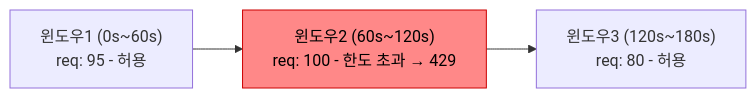
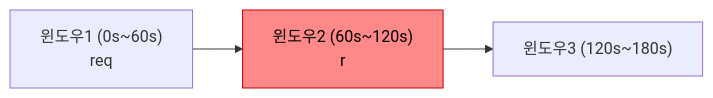
Before and after one commit to yjkim2015/yjkim2015.github.io: the third of 13 diagrams in _posts/spring/2026-05-01-rate-limiting.md, drawn with Mermaid. The commit also changed other lines of this file and 271 other files, not shown here.

First line of the commit message:
Mermaid 라벨 축소: 긴 노드 텍스트 18자 이하로 트림 + \n 제거

````diff
--- a/_posts/spring/2026-05-01-rate-limiting.md
+++ b/_posts/spring/2026-05-01-rate-limiting.md
@@ -73,8 +73,8 @@
 ```mermaid
 graph LR
-    W1["윈도우1 (0s~60s)\nreq: 95 - 허용"]
-    W2["윈도우2 (60s~120s)\nreq: 100 - 한도 초과 → 429"]
-    W3["윈도우3 (120s~180s)\nreq: 80 - 허용"]
+    W1["윈도우1 (0s~60s)\nreq"]
+    W2["윈도우2 (60s~120s)\nr"]
+    W3["윈도우3 (120s~180s)\n"]
     W1 --> W2 --> W3
     style W2 fill:#f88,stroke:#c00,color:#000
 ```
````
